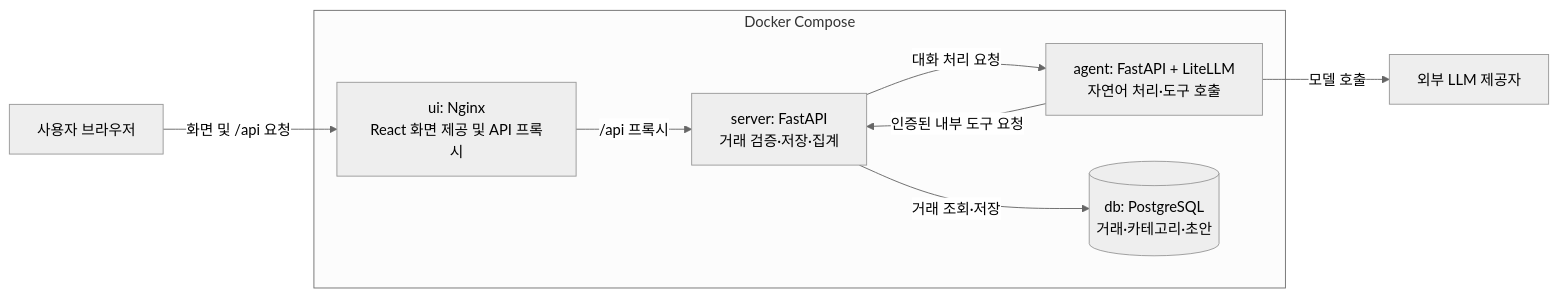
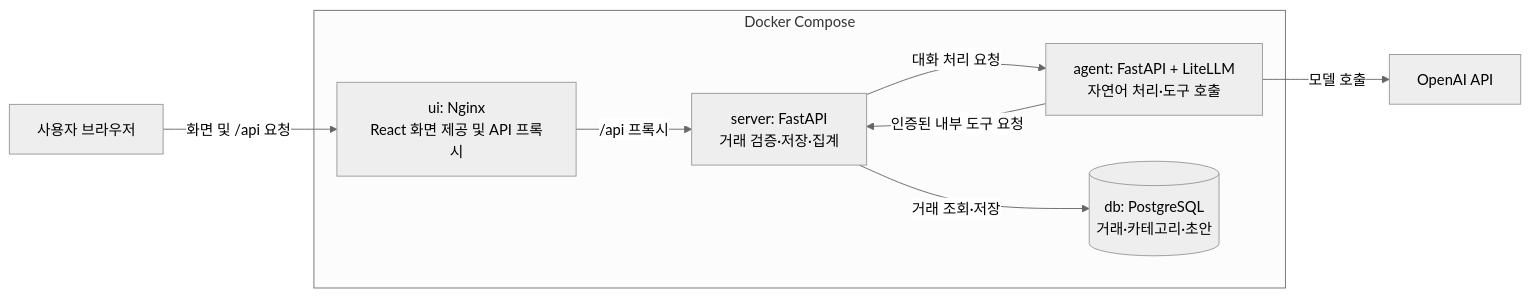
Before and after one commit to hyeon81/account_book: the diagram in docs/agent-account-book-design.md, drawn with Mermaid (neutral theme). The commit also changed other lines of this file and 5 other files, not shown here.

````diff
--- a/docs/agent-account-book-design.md
+++ b/docs/agent-account-book-design.md
@@ -30,18 +30,18 @@
 ```mermaid
 flowchart LR
     browser[사용자 브라우저]
     subgraph compose[Docker Compose]
         ui[ui: Nginx<br/>React 화면 제공 및 API 프록시]
         server[server: FastAPI<br/>거래 검증·저장·집계]
         agent[agent: FastAPI + LiteLLM<br/>자연어 처리·도구 호출]
         db[(db: PostgreSQL<br/>거래·카테고리·초안)]
     end
-    llm[외부 LLM 제공자]
+    llm[OpenAI API]
 
     browser -->|화면 및 /api 요청| ui
     ui -->|/api 프록시| server
     server -->|대화 처리 요청| agent
     agent -->|인증된 내부 도구 요청| server
     server -->|거래 조회·저장| db
     agent -->|모델 호출| llm
 ```
````
